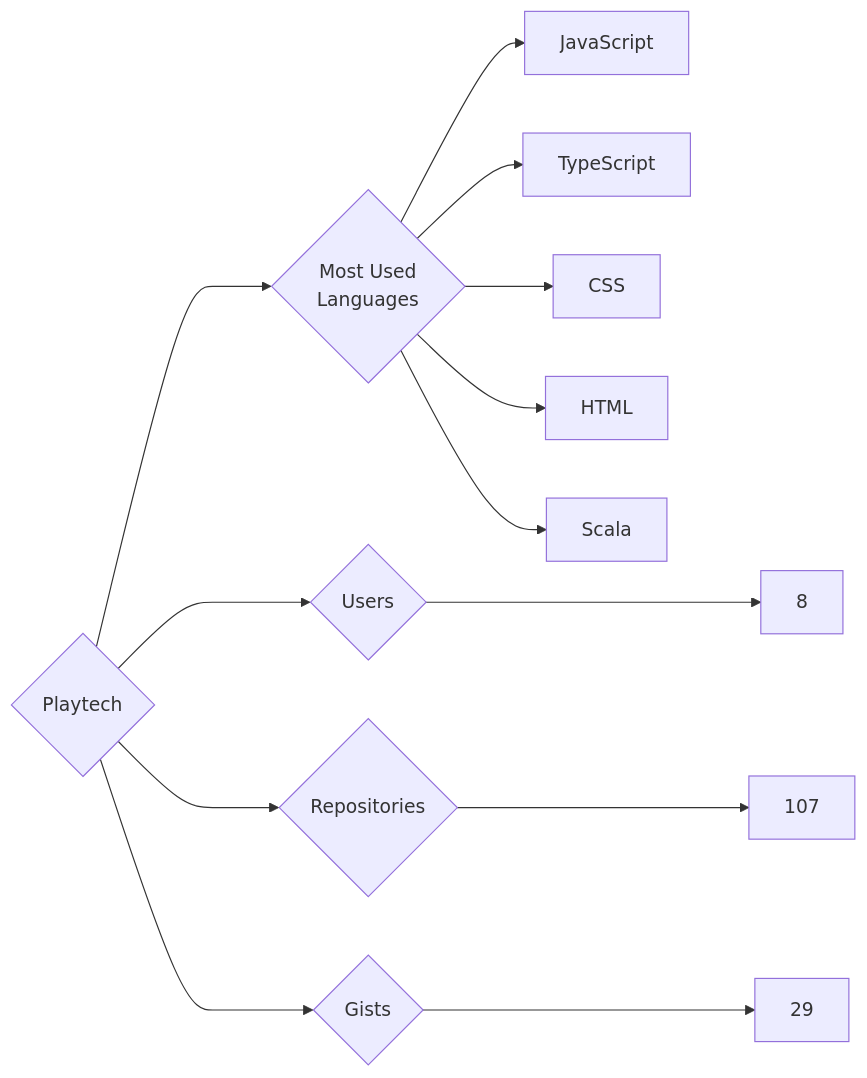
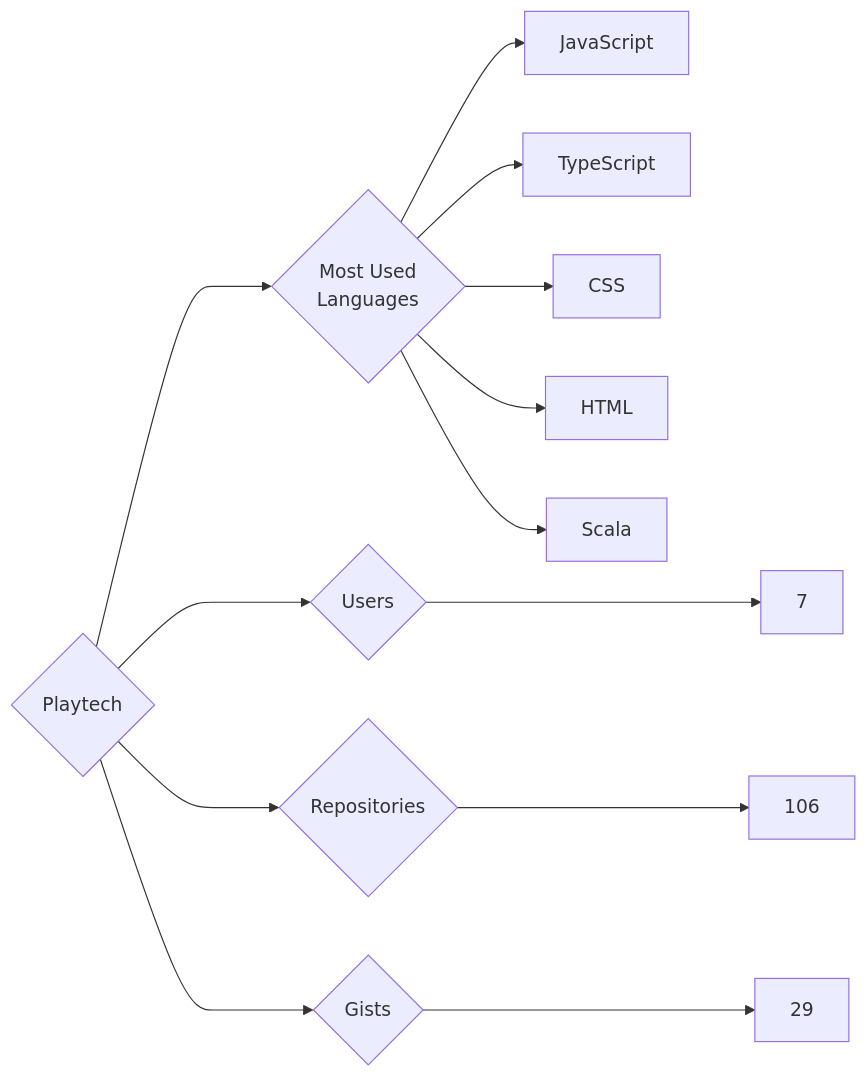
The diagram in targets/Playtech/README.md (trickest/insiders), drawn with Mermaid before and after one commit. The commit also changed 1484 other files, not shown here.

````diff
--- a/targets/Playtech/README.md
+++ b/targets/Playtech/README.md
@@ -3,13 +3,13 @@
 ```mermaid
 graph LR
 COMPANY_NAME{Playtech}
-COMPANY_NAME ---> U{Users} ---> UN[8]
-COMPANY_NAME ---> R{Repositories} ---> RN[107]
+COMPANY_NAME ---> U{Users} ---> UN[7]
+COMPANY_NAME ---> R{Repositories} ---> RN[106]
 COMPANY_NAME ---> G{Gists} ---> GN[29]
 COMPANY_NAME ---> ML{Most Used<br>Languages}
 ML --> JavaScript[JavaScript]
 ML --> TypeScript[TypeScript]
 ML --> CSS[CSS]
 ML --> HTML[HTML]
 ML --> Scala[Scala]
 ```
````
